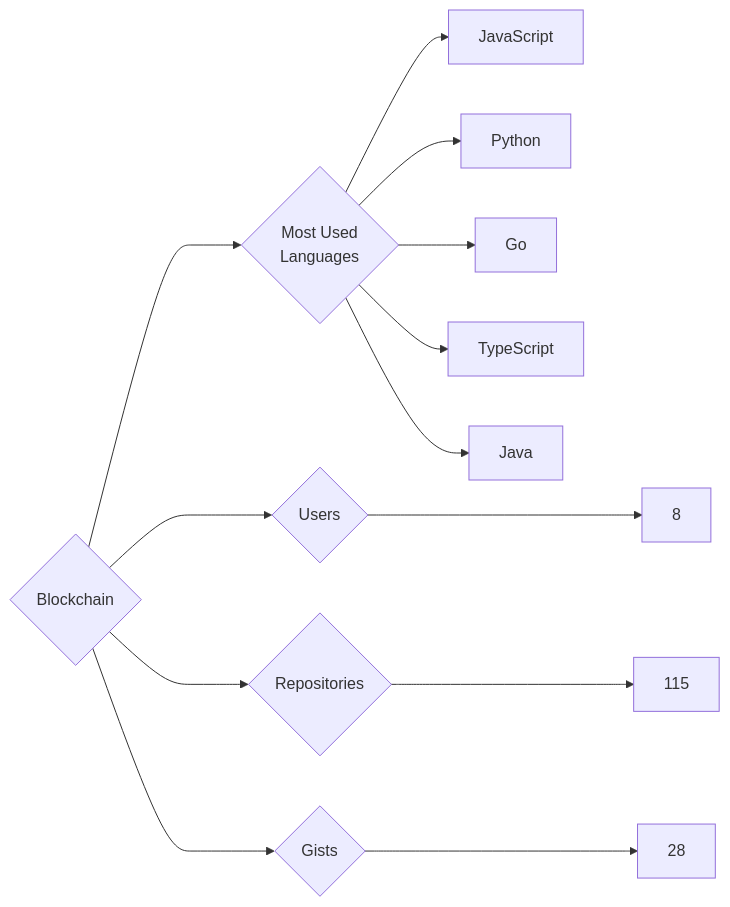
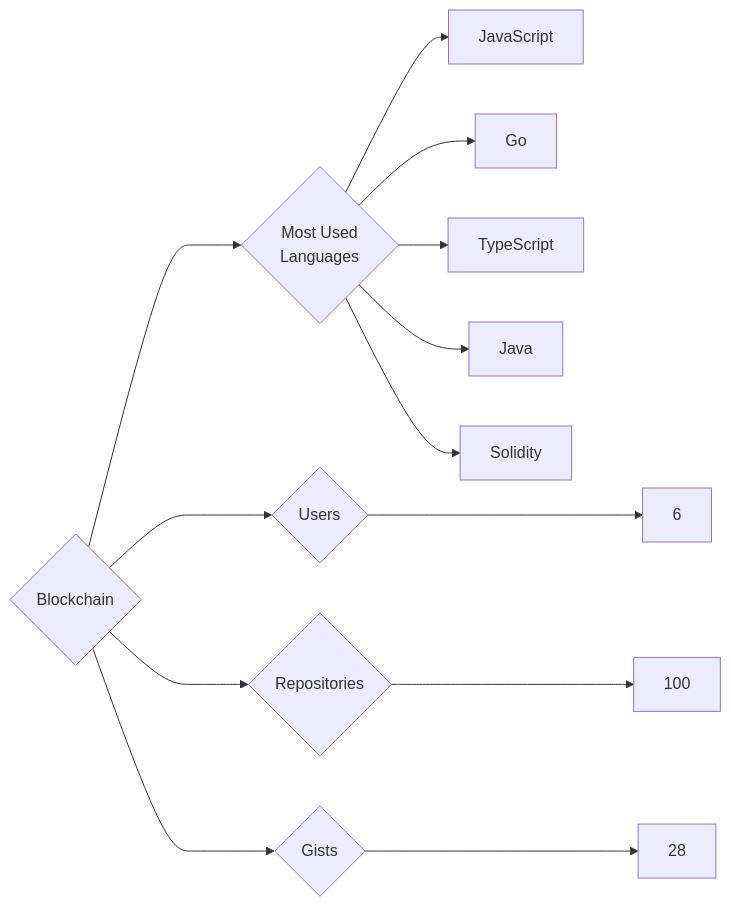
The diagram in targets/Blockchain/README.md (trickest/insiders), drawn with Mermaid before and after one commit. The commit also changed 997 other files, not shown here.

````diff
--- a/targets/Blockchain/README.md
+++ b/targets/Blockchain/README.md
@@ -3,13 +3,13 @@
 ```mermaid
 graph LR
 COMPANY_NAME{Blockchain}
-COMPANY_NAME ---> U{Users} ---> UN[8]
-COMPANY_NAME ---> R{Repositories} ---> RN[115]
+COMPANY_NAME ---> U{Users} ---> UN[6]
+COMPANY_NAME ---> R{Repositories} ---> RN[100]
 COMPANY_NAME ---> G{Gists} ---> GN[28]
 COMPANY_NAME ---> ML{Most Used<br>Languages}
 ML --> JavaScript[JavaScript]
-ML --> Python[Python]
 ML --> Go[Go]
 ML --> TypeScript[TypeScript]
 ML --> Java[Java]
+ML --> Solidity[Solidity]
 ```
````
